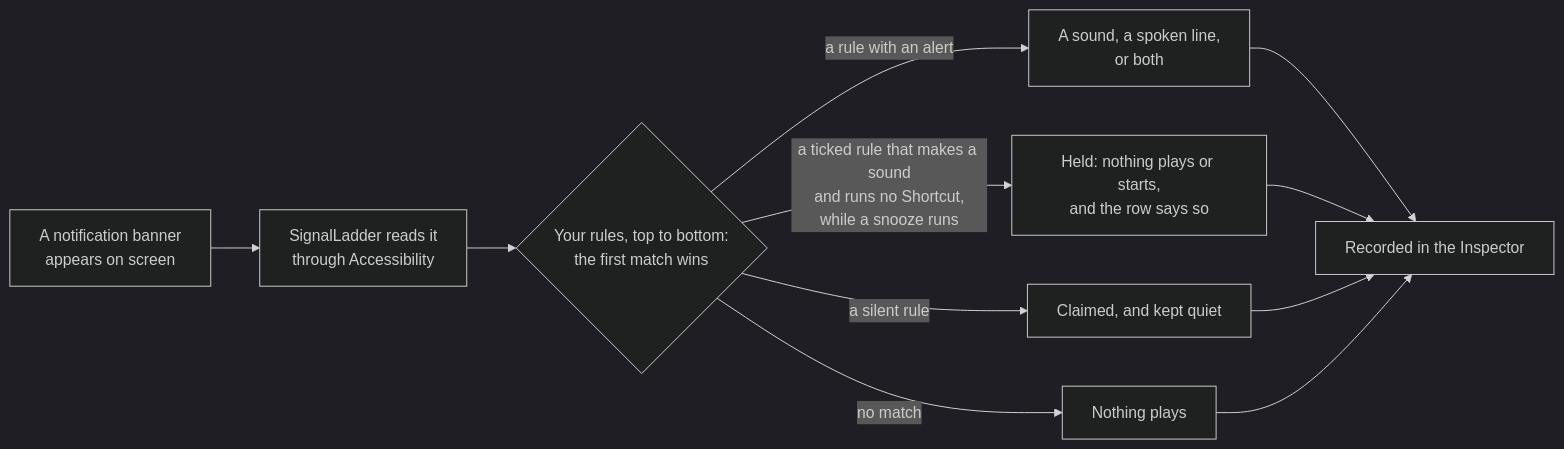
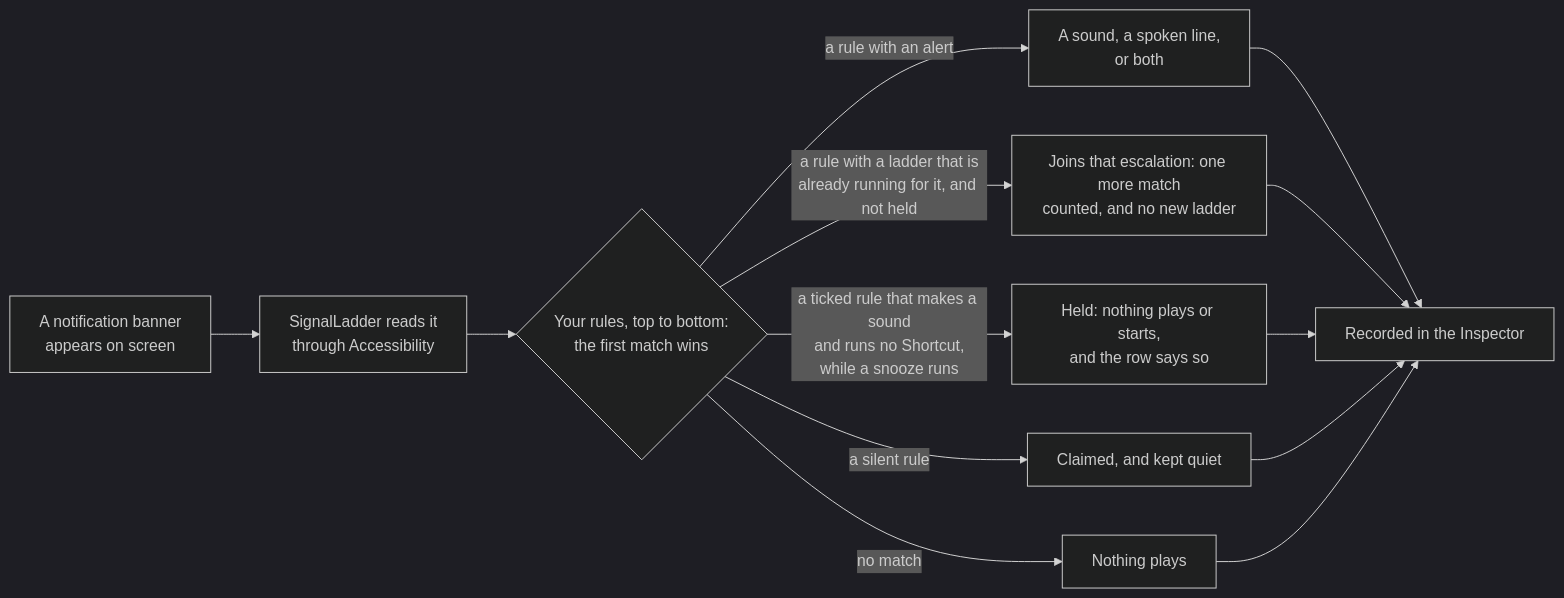
The diagram in README.md (JWhite212/SignalLadder), drawn with Mermaid (dark theme) before and after one commit. The commit also changed other lines of this file and 12 other files, not shown here.

````diff
--- a/README.md
+++ b/README.md
@@ -50,13 +50,15 @@
 ```mermaid
 flowchart LR
     A["A notification banner<br/>appears on screen"] --> B["SignalLadder reads it<br/>through Accessibility"]
     B --> C{"Your rules, top to bottom:<br/>the first match wins"}
     C -- "a rule with an alert" --> D["A sound, a spoken line,<br/>or both"]
+    C -- "a rule with a ladder that is<br/>already running for it, and not held" --> J["Joins that escalation: one more match<br/>counted, and no new ladder"]
     C -- "a ticked rule that makes a sound<br/>and runs no Shortcut,<br/>while a snooze runs" --> H["Held: nothing plays or starts,<br/>and the row says so"]
     C -- "a silent rule" --> E["Claimed, and kept quiet"]
     C -- "no match" --> F["Nothing plays"]
     D --> G["Recorded in the Inspector"]
+    J --> G
     H --> G
     E --> G
     F --> G
 ```
````
